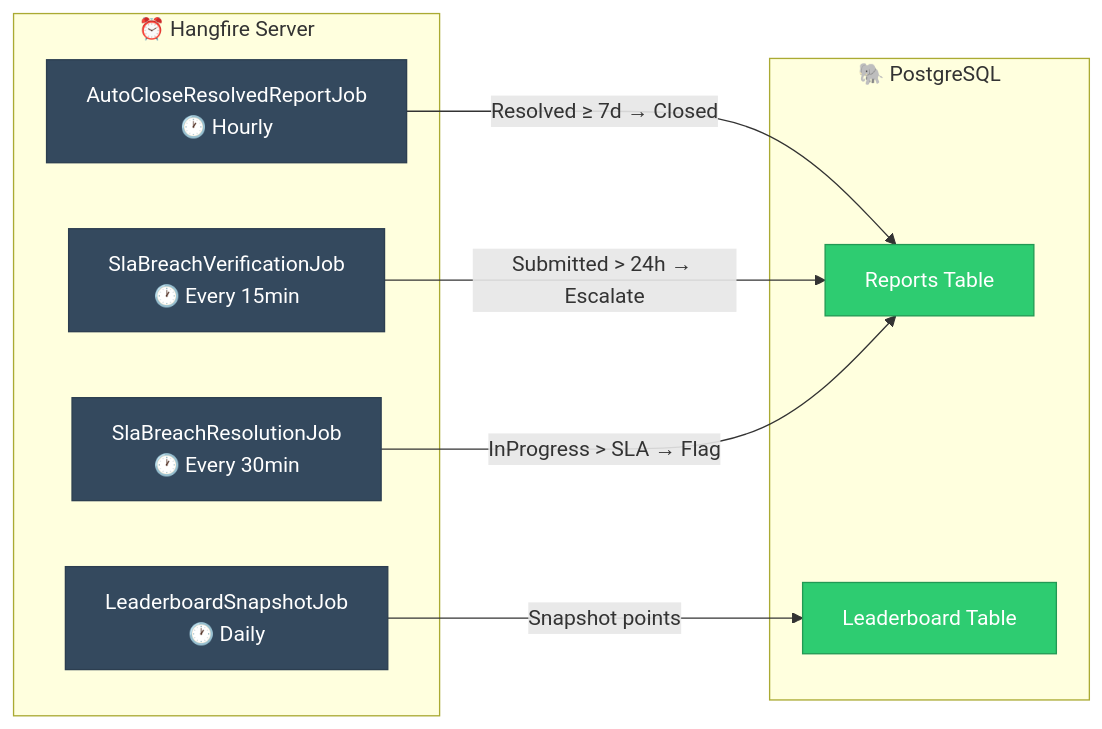
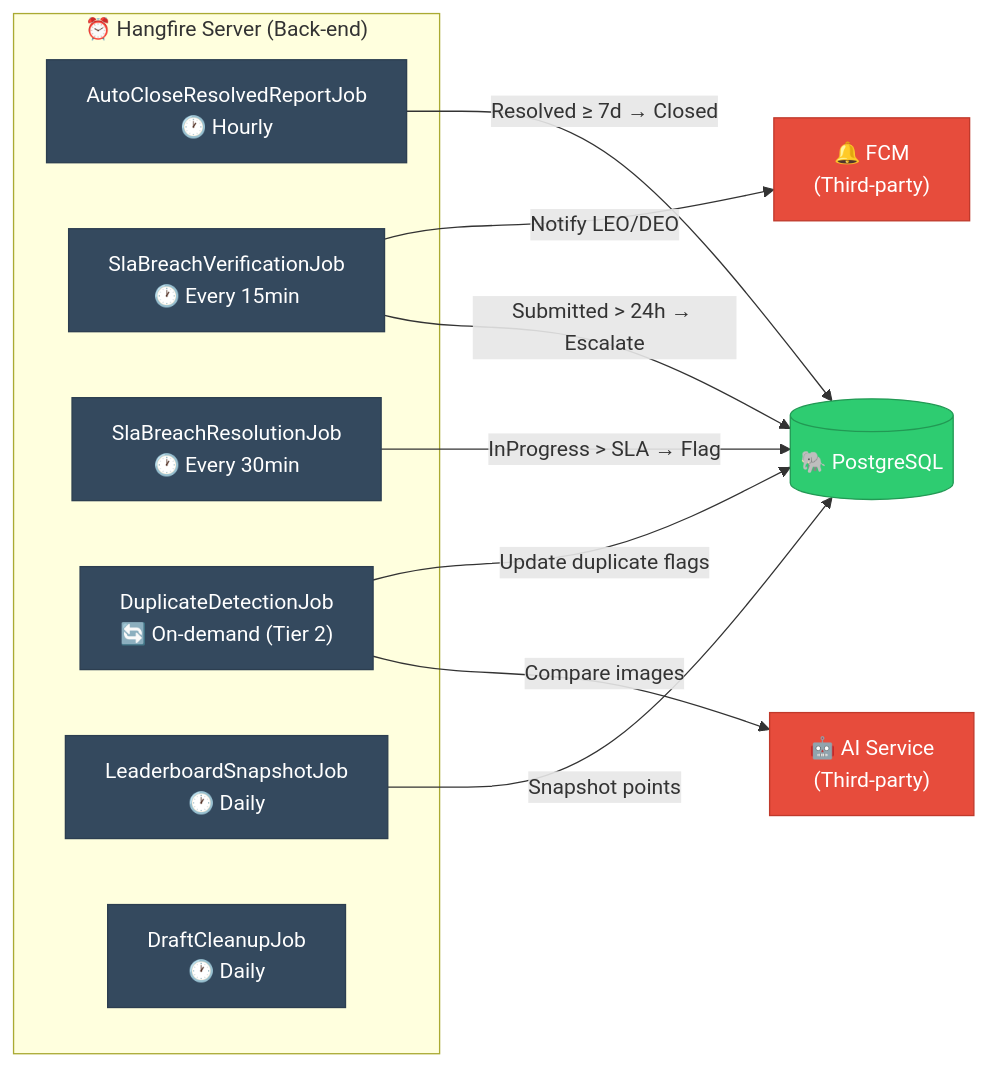
One commit to Capstonne-Project/greenlens-service changed the fourth of 6 diagrams in docs/BusinessRule/architecture-system-diagram.md. Above: the diagram before and after it, drawn with Mermaid. The commit also changed other lines of this file and 55 other files, not shown here.

First line of the commit message:
feat(reports): add citizen reopen request workflow with LEO approval

````diff
--- a/docs/BusinessRule/architecture-system-diagram.md
+++ b/docs/BusinessRule/architecture-system-diagram.md
@@ -314,25 +237,31 @@
 ```mermaid
 flowchart LR
-    subgraph Hangfire["⏰ Hangfire Server"]
+    subgraph Hangfire["⏰ Hangfire Server (Back-end)"]
         AC["AutoCloseResolvedReportJob<br/>🕐 Hourly"]
         SV["SlaBreachVerificationJob<br/>🕐 Every 15min"]
         SR["SlaBreachResolutionJob<br/>🕐 Every 30min"]
+        DD["DuplicateDetectionJob<br/>🔄 On-demand (Tier 2)"]
         LS["LeaderboardSnapshotJob<br/>🕐 Daily"]
+        DC["DraftCleanupJob<br/>🕐 Daily"]
     end
 
-    subgraph DB["🐘 PostgreSQL"]
-        RT2["Reports Table"]
-        LB["Leaderboard Table"]
-    end
+    DB3[("🐘 PostgreSQL")]
+    AI3["🤖 AI Service<br/>(Third-party)"]
+    FCM3["🔔 FCM<br/>(Third-party)"]
 
-    AC -->|"Resolved ≥ 7d → Closed"| RT2
-    SV -->|"Submitted > 24h → Escalate"| RT2
-    SR -->|"InProgress > SLA → Flag"| RT2
-    LS -->|"Snapshot points"| LB
+    AC -->|"Resolved ≥ 7d → Closed"| DB3
+    SV -->|"Submitted > 24h → Escalate"| DB3
+    SR -->|"InProgress > SLA → Flag"| DB3
+    DD -->|"Compare images"| AI3
+    DD -->|"Update duplicate flags"| DB3
+    LS -->|"Snapshot points"| DB3
+    SV -->|"Notify LEO/DEO"| FCM3
 
     classDef job fill:#34495E,stroke:#2C3E50,color:#fff
     classDef db fill:#2ECC71,stroke:#229954,color:#fff
+    classDef tp fill:#E74C3C,stroke:#C0392B,color:#fff
 
-    class AC,SV,SR,LS job
-    class RT2,LB db
+    class AC,SV,SR,DD,LS,DC job
+    class DB3 db
+    class AI3,FCM3 tp
 ```
````
